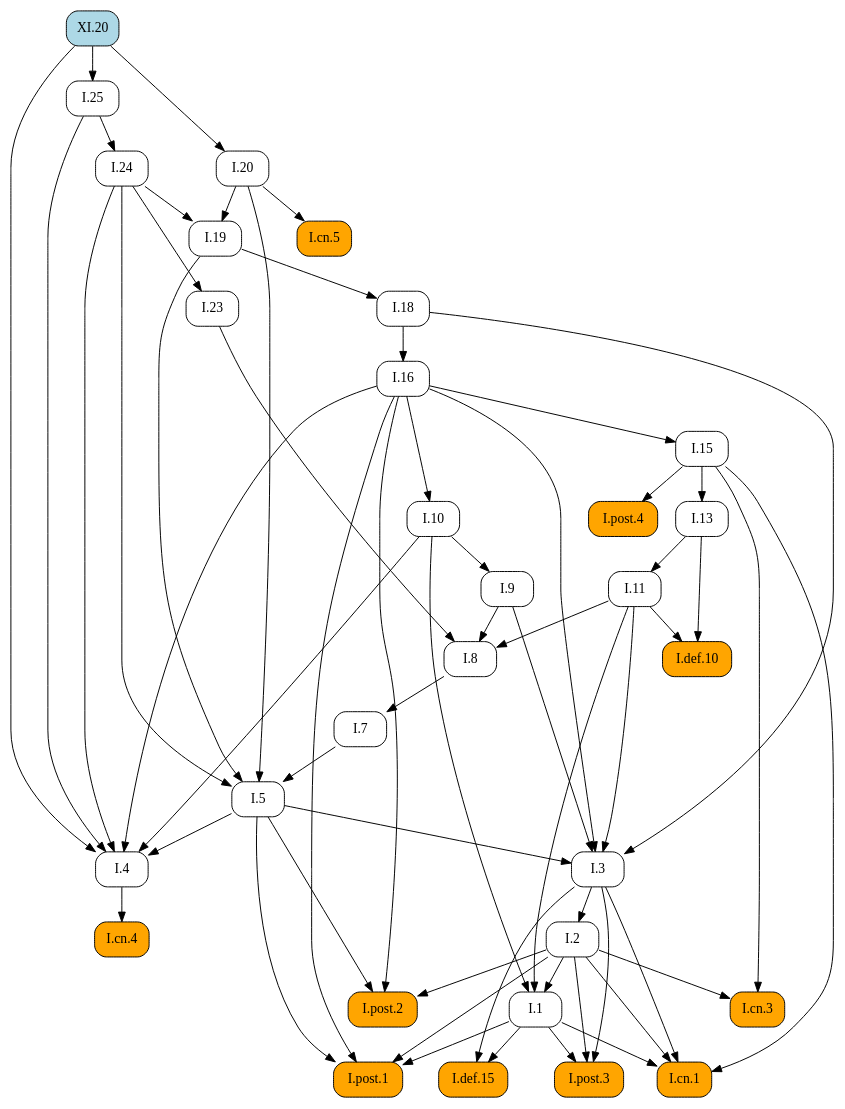
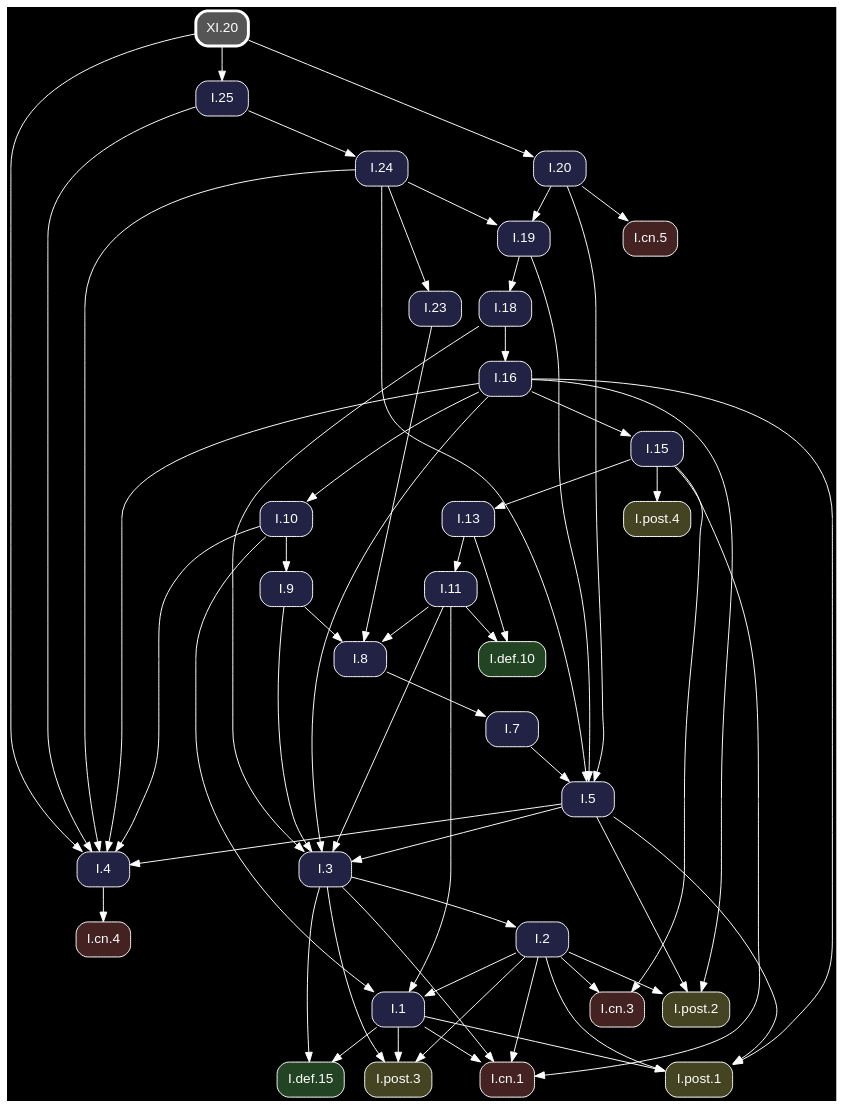
Before and after one commit to geometor/elements: the diagram in docsrc/heath/XI/20/index.rst, drawn with Graphviz. The commit also changed other lines of this file and 1200 other files, not shown here.

Commit message:
update dependency graphs

```diff
--- a/docsrc/heath/XI/20/index.rst
+++ b/docsrc/heath/XI/20/index.rst
@@ -40,95 +40,97 @@
 .. graphviz::
 
    digraph {
+     bgcolor="black";
+     node [shape=box, style="rounded,filled", fontname="Helvetica", color="white", fontcolor="white"];
+     edge [color="white", fontcolor="white"];
      rankdir="TB";
-     node [shape=box, style=rounded];
-     "I.23" [URL="/heath/I/23/", target="_top"];
-     "I.9" [URL="/heath/I/9/", target="_top"];
-     "I.cn.1" [style="rounded,filled", fillcolor=orange, URL="/heath/I/cn.1/", target="_top"];
-     "I.7" [URL="/heath/I/7/", target="_top"];
-     "I.2" [URL="/heath/I/2/", target="_top"];
-     "I.25" [URL="/heath/I/25/", target="_top"];
-     "I.def.15" [style="rounded,filled", fillcolor=orange, URL="/heath/I/def.15/", target="_top"];
-     "I.13" [URL="/heath/I/13/", target="_top"];
-     "I.post.4" [style="rounded,filled", fillcolor=orange, URL="/heath/I/post.4/", target="_top"];
-     "I.4" [URL="/heath/I/4/", target="_top"];
-     "I.1" [URL="/heath/I/1/", target="_top"];
-     "I.post.3" [style="rounded,filled", fillcolor=orange, URL="/heath/I/post.3/", target="_top"];
-     "I.post.1" [style="rounded,filled", fillcolor=orange, URL="/heath/I/post.1/", target="_top"];
-     "I.5" [URL="/heath/I/5/", target="_top"];
-     "I.19" [URL="/heath/I/19/", target="_top"];
-     "I.8" [URL="/heath/I/8/", target="_top"];
-     "I.cn.3" [style="rounded,filled", fillcolor=orange, URL="/heath/I/cn.3/", target="_top"];
-     "I.16" [URL="/heath/I/16/", target="_top"];
-     "I.20" [URL="/heath/I/20/", target="_top"];
-     "I.def.10" [style="rounded,filled", fillcolor=orange, URL="/heath/I/def.10/", target="_top"];
-     "I.18" [URL="/heath/I/18/", target="_top"];
-     "I.15" [URL="/heath/I/15/", target="_top"];
-     "I.10" [URL="/heath/I/10/", target="_top"];
-     "I.11" [URL="/heath/I/11/", target="_top"];
-     "XI.20" [style="rounded,filled", fillcolor=lightblue, URL="/heath/XI/20/", target="_top"];
-     "I.cn.4" [style="rounded,filled", fillcolor=orange, URL="/heath/I/cn.4/", target="_top"];
-     "I.post.2" [style="rounded,filled", fillcolor=orange, URL="/heath/I/post.2/", target="_top"];
-     "I.24" [URL="/heath/I/24/", target="_top"];
-     "I.cn.5" [style="rounded,filled", fillcolor=orange, URL="/heath/I/cn.5/", target="_top"];
-     "I.3" [URL="/heath/I/3/", target="_top"];
-     "I.24" -> "I.23";
-     "I.10" -> "I.9";
+     "I.3" [fillcolor="#222244", URL="/heath/I/3/", target="_top"];
+     "I.post.1" [fillcolor="#444422", URL="/heath/I/post.1/", target="_top"];
+     "I.25" [fillcolor="#222244", URL="/heath/I/25/", target="_top"];
+     "I.19" [fillcolor="#222244", URL="/heath/I/19/", target="_top"];
+     "I.cn.1" [fillcolor="#442222", URL="/heath/I/cn.1/", target="_top"];
+     "I.15" [fillcolor="#222244", URL="/heath/I/15/", target="_top"];
+     "I.def.10" [fillcolor="#224422", URL="/heath/I/def.10/", target="_top"];
+     "I.11" [fillcolor="#222244", URL="/heath/I/11/", target="_top"];
+     "I.16" [fillcolor="#222244", URL="/heath/I/16/", target="_top"];
+     "I.cn.5" [fillcolor="#442222", URL="/heath/I/cn.5/", target="_top"];
+     "I.13" [fillcolor="#222244", URL="/heath/I/13/", target="_top"];
+     "I.cn.3" [fillcolor="#442222", URL="/heath/I/cn.3/", target="_top"];
+     "I.2" [fillcolor="#222244", URL="/heath/I/2/", target="_top"];
+     "I.24" [fillcolor="#222244", URL="/heath/I/24/", target="_top"];
+     "I.post.2" [fillcolor="#444422", URL="/heath/I/post.2/", target="_top"];
+     "XI.20" [penwidth=3, color="white", fillcolor="#555555", URL="/heath/XI/20/", target="_top"];
+     "I.cn.4" [fillcolor="#442222", URL="/heath/I/cn.4/", target="_top"];
+     "I.9" [fillcolor="#222244", URL="/heath/I/9/", target="_top"];
+     "I.1" [fillcolor="#222244", URL="/heath/I/1/", target="_top"];
+     "I.post.4" [fillcolor="#444422", URL="/heath/I/post.4/", target="_top"];
+     "I.23" [fillcolor="#222244", URL="/heath/I/23/", target="_top"];
+     "I.8" [fillcolor="#222244", URL="/heath/I/8/", target="_top"];
+     "I.4" [fillcolor="#222244", URL="/heath/I/4/", target="_top"];
+     "I.post.3" [fillcolor="#444422", URL="/heath/I/post.3/", target="_top"];
+     "I.18" [fillcolor="#222244", URL="/heath/I/18/", target="_top"];
+     "I.7" [fillcolor="#222244", URL="/heath/I/7/", target="_top"];
+     "I.def.15" [fillcolor="#224422", URL="/heath/I/def.15/", target="_top"];
+     "I.5" [fillcolor="#222244", URL="/heath/I/5/", target="_top"];
+     "I.20" [fillcolor="#222244", URL="/heath/I/20/", target="_top"];
+     "I.10" [fillcolor="#222244", URL="/heath/I/10/", target="_top"];
+     "I.5" -> "I.3";
+     "I.9" -> "I.3";
+     "I.11" -> "I.3";
+     "I.16" -> "I.3";
+     "I.18" -> "I.3";
+     "I.1" -> "I.post.1";
+     "I.2" -> "I.post.1";
+     "I.5" -> "I.post.1";
+     "I.16" -> "I.post.1";
+     "XI.20" -> "I.25";
+     "I.20" -> "I.19";
+     "I.24" -> "I.19";
      "I.1" -> "I.cn.1";
      "I.2" -> "I.cn.1";
      "I.3" -> "I.cn.1";
      "I.15" -> "I.cn.1";
-     "I.8" -> "I.7";
+     "I.16" -> "I.15";
+     "I.11" -> "I.def.10";
+     "I.13" -> "I.def.10";
+     "I.13" -> "I.11";
+     "I.18" -> "I.16";
+     "I.20" -> "I.cn.5";
+     "I.15" -> "I.13";
+     "I.2" -> "I.cn.3";
+     "I.15" -> "I.cn.3";
      "I.3" -> "I.2";
-     "XI.20" -> "I.25";
-     "I.1" -> "I.def.15";
-     "I.3" -> "I.def.15";
-     "I.15" -> "I.13";
+     "I.25" -> "I.24";
+     "I.2" -> "I.post.2";
+     "I.5" -> "I.post.2";
+     "I.16" -> "I.post.2";
+     "I.4" -> "I.cn.4";
+     "I.10" -> "I.9";
+     "I.2" -> "I.1";
+     "I.10" -> "I.1";
+     "I.11" -> "I.1";
      "I.15" -> "I.post.4";
+     "I.24" -> "I.23";
+     "I.9" -> "I.8";
+     "I.11" -> "I.8";
+     "I.23" -> "I.8";
      "I.5" -> "I.4";
      "I.10" -> "I.4";
      "I.16" -> "I.4";
      "I.24" -> "I.4";
      "I.25" -> "I.4";
      "XI.20" -> "I.4";
-     "I.2" -> "I.1";
-     "I.10" -> "I.1";
-     "I.11" -> "I.1";
      "I.1" -> "I.post.3";
      "I.2" -> "I.post.3";
      "I.3" -> "I.post.3";
-     "I.1" -> "I.post.1";
-     "I.2" -> "I.post.1";
-     "I.5" -> "I.post.1";
-     "I.16" -> "I.post.1";
+     "I.19" -> "I.18";
+     "I.8" -> "I.7";
+     "I.1" -> "I.def.15";
+     "I.3" -> "I.def.15";
      "I.7" -> "I.5";
      "I.19" -> "I.5";
      "I.20" -> "I.5";
      "I.24" -> "I.5";
-     "I.20" -> "I.19";
-     "I.24" -> "I.19";
-     "I.9" -> "I.8";
-     "I.11" -> "I.8";
-     "I.23" -> "I.8";
-     "I.2" -> "I.cn.3";
-     "I.15" -> "I.cn.3";
-     "I.18" -> "I.16";
      "XI.20" -> "I.20";
-     "I.11" -> "I.def.10";
-     "I.13" -> "I.def.10";
-     "I.19" -> "I.18";
-     "I.16" -> "I.15";
      "I.16" -> "I.10";
-     "I.13" -> "I.11";
-     "I.4" -> "I.cn.4";
-     "I.2" -> "I.post.2";
-     "I.5" -> "I.post.2";
-     "I.16" -> "I.post.2";
-     "I.25" -> "I.24";
-     "I.20" -> "I.cn.5";
-     "I.5" -> "I.3";
-     "I.9" -> "I.3";
-     "I.11" -> "I.3";
-     "I.16" -> "I.3";
-     "I.18" -> "I.3";
    }
```
